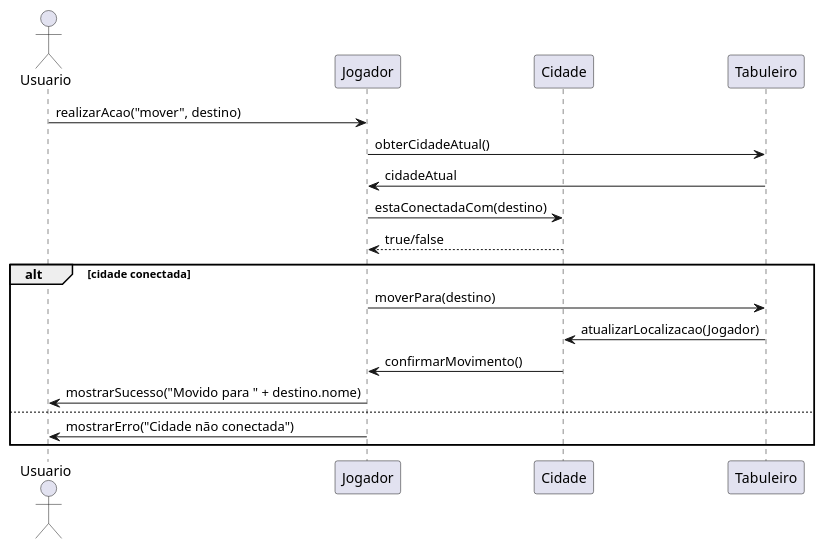
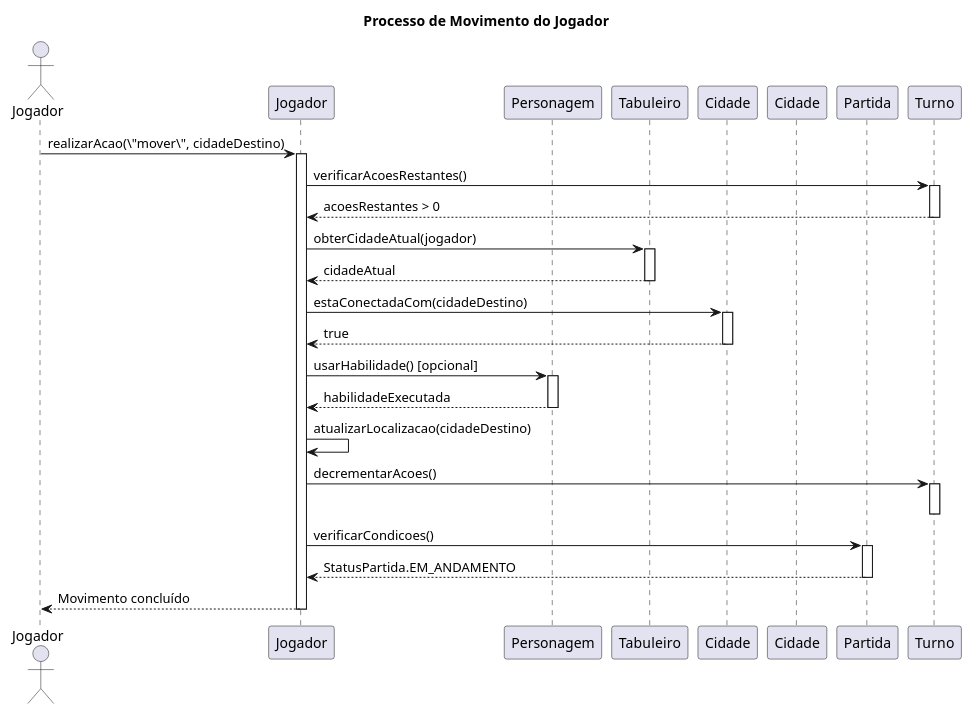
Before and after one commit to lionezajoao/trabalho-ps: the diagram in docs/diagram/sequence/pandemic_sequence_diagram_move.wsd, drawn with PlantUML. The commit also changed 9 other files, not shown here.

First line of the commit message:
feat: Add sequence diagram for player card discard process

```diff
--- a/docs/diagram/sequence/pandemic_sequence_diagram_move.wsd
+++ b/docs/diagram/sequence/pandemic_sequence_diagram_move.wsd
@@ -1,24 +1,48 @@
 @startuml JogadorMoverCidade
-' CLASSES
-actor Usuario
-participant Jogador
-participant Cidade
-participant Tabuleiro
+title Processo de Movimento do Jogador
+'Classes
+actor Jogador as player
+participant "Jogador" as jogador
+participant "Personagem" as personagem
+participant "Tabuleiro" as tabuleiro
+participant "Cidade" as cidadeAtual
+participant "Cidade" as cidadeDestino
+participant "Partida" as partida
+participant "Turno" as turno
 
-' INTERAÇÕES
-Usuario -> Jogador : realizarAcao("mover", destino)
+player -> jogador: realizarAcao(\"mover\", cidadeDestino)
+activate jogador
 
-Jogador -> Tabuleiro : obterCidadeAtual()
-Tabuleiro -> Jogador : cidadeAtual
-Jogador -> Cidade : estaConectadaCom(destino)
-Cidade --> Jogador : true/false
+jogador -> turno: verificarAcoesRestantes()
+activate turno
+turno --> jogador: acoesRestantes > 0
+deactivate turno
 
-alt cidade conectada
-    Jogador -> Tabuleiro : moverPara(destino)
-    Tabuleiro -> Cidade : atualizarLocalizacao(Jogador)
-    Cidade -> Jogador : confirmarMovimento()
-    Jogador -> Usuario : mostrarSucesso("Movido para " + destino.nome)
-else
-    Jogador -> Usuario : mostrarErro("Cidade não conectada")
-end
+jogador -> tabuleiro: obterCidadeAtual(jogador)
+activate tabuleiro
+tabuleiro --> jogador: cidadeAtual
+deactivate tabuleiro
+
+jogador -> cidadeAtual: estaConectadaCom(cidadeDestino)
+activate cidadeAtual
+cidadeAtual --> jogador: true
+deactivate cidadeAtual
+
+jogador -> personagem: usarHabilidade() [opcional]
+activate personagem
+personagem --> jogador: habilidadeExecutada
+deactivate personagem
+
+jogador -> jogador: atualizarLocalizacao(cidadeDestino)
+jogador -> turno: decrementarAcoes()
+activate turno
+deactivate turno
+
+jogador -> partida: verificarCondicoes()
+activate partida
+partida --> jogador: StatusPartida.EM_ANDAMENTO
+deactivate partida
+
+jogador --> player: Movimento concluído
+deactivate jogador
 @enduml
```
